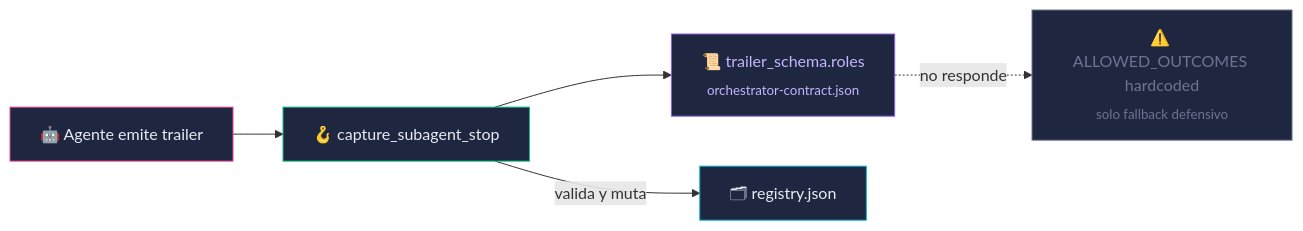
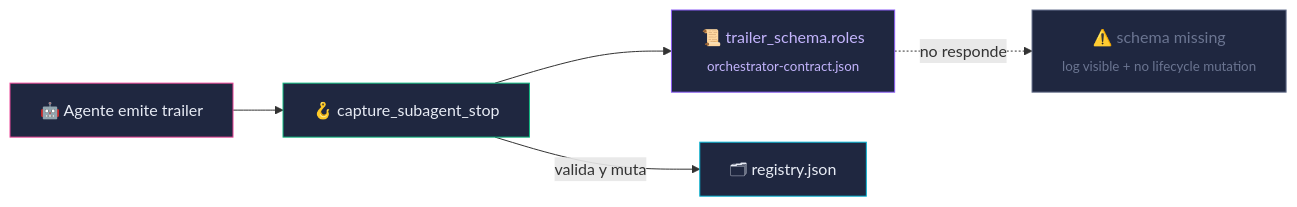
One commit to sergiolrinditex/React-Python-Login-Admin changed the fifth of 8 diagrams in site/diagrams/arquitectura.md. Above: the diagram before and after it, drawn with Mermaid. The commit also changed other lines of this file and 49 other files, not shown here.

````diff
--- a/site/diagrams/arquitectura.md
+++ b/site/diagrams/arquitectura.md
@@ -198,19 +198,19 @@
 ```mermaid
 flowchart LR
     AGENT[🤖 Agente emite trailer]
     HOOK[🪝 capture_subagent_stop]
     SCHEMA[📜 trailer_schema.roles<br><sub>orchestrator-contract.json</sub>]
-    FALLBACK[⚠️ ALLOWED_OUTCOMES hardcoded<br><sub>solo fallback defensivo</sub>]
+    SCHEMA_ERR[⚠️ schema missing<br><sub>log visible + no lifecycle mutation</sub>]
     REG[🗂 registry.json]
 
     AGENT --> HOOK
     HOOK --> SCHEMA
-    SCHEMA -.no responde.-> FALLBACK
+    SCHEMA -.no responde.-> SCHEMA_ERR
     HOOK -- valida y muta --> REG
 
     style AGENT fill:#1f2740,stroke:#ec4899,color:#e8ecf5
     style HOOK fill:#1f2740,stroke:#10b981,color:#e8ecf5
     style SCHEMA fill:#1f2740,stroke:#8b5cf6,color:#c4b5fd
-    style FALLBACK fill:#1f2740,stroke:#6b7591,color:#6b7591
+    style SCHEMA_ERR fill:#1f2740,stroke:#6b7591,color:#6b7591
     style REG fill:#1f2740,stroke:#06b6d4,color:#e8ecf5
 ```
````
